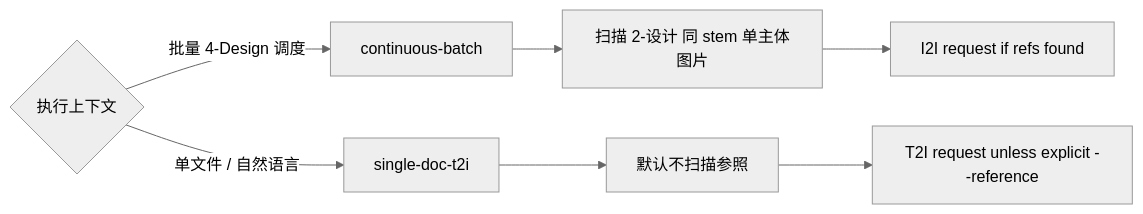
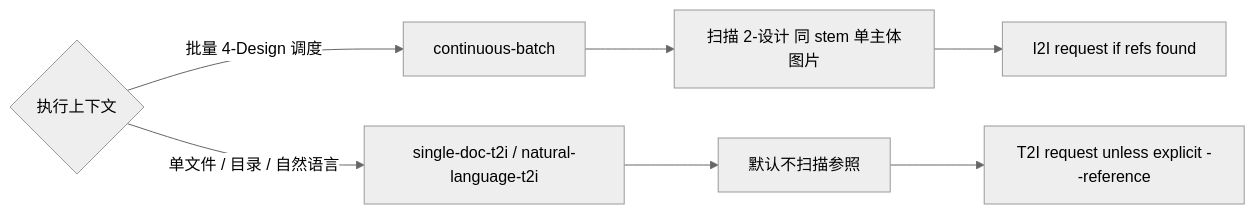
Before and after one commit to ZEN-VOID/AI-CUT: the second of 3 diagrams in .agents/skills/aigc/4-Design/3-面板/SKILL.md, drawn with Mermaid (neutral theme). The commit also changed other lines of this file and 40 other files, not shown here.

````diff
--- a/.agents/skills/aigc/4-Design/3-面板/SKILL.md
+++ b/.agents/skills/aigc/4-Design/3-面板/SKILL.md
@@ -77,9 +78,9 @@
 ```mermaid
 flowchart LR
     A{"执行上下文"} -->|"批量 4-Design 调度"| B["continuous-batch"]
-    A -->|"单文件 / 自然语言"| C["single-doc-t2i"]
+    A -->|"单文件 / 目录 / 自然语言"| C["single-doc-t2i / natural-language-t2i"]
     B --> D["扫描 2-设计 同 stem 单主体图片"]
     C --> E["默认不扫描参照"]
     D --> F["I2I request if refs found"]
     E --> G["T2I request unless explicit --reference"]
 ```
````
